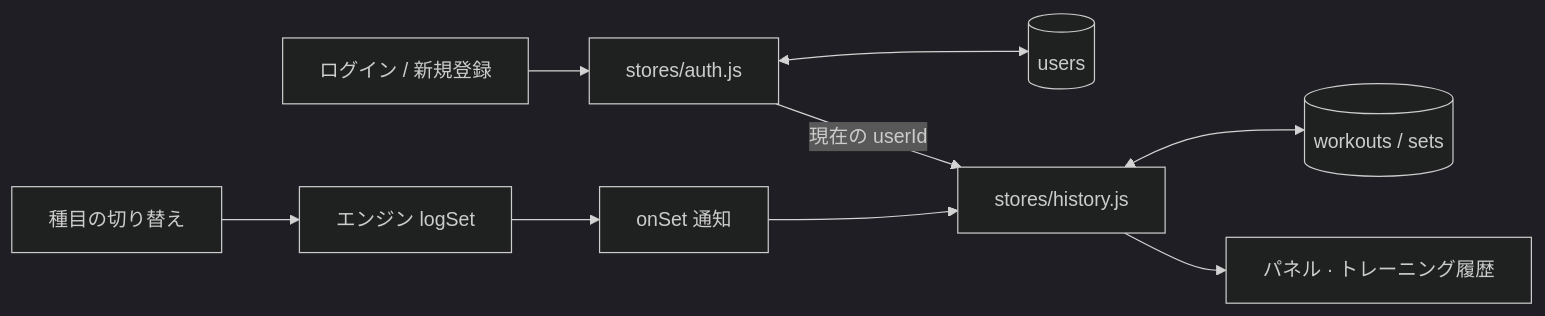
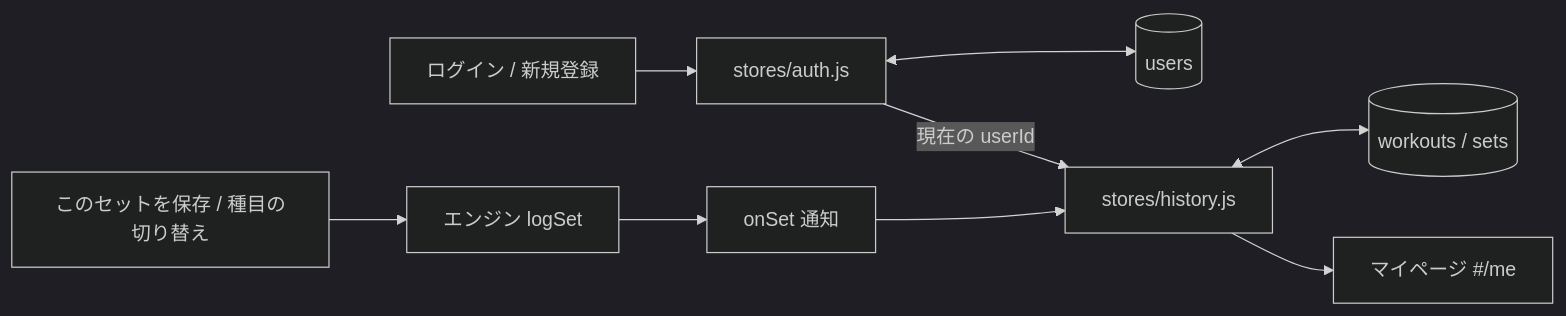
Before and after one commit to OrangeCoke1/Future-Gym: the second of 2 diagrams in documents/データベース設計書.md, drawn with Mermaid (dark theme). The commit also changed other lines of this file and 21 other files, not shown here.

````diff
--- a/documents/データベース設計書.md
+++ b/documents/データベース設計書.md
@@ -148,11 +149,11 @@
 ```mermaid
 flowchart LR
     L[ログイン / 新規登録] --> AU[stores/auth.js]
     AU <--> U[(users)]
-    A[種目の切り替え] --> B[エンジン logSet]
+    A[このセットを保存 / 種目の切り替え] --> B[エンジン logSet]
     B --> C[onSet 通知]
     C --> D[stores/history.js]
     AU -- 現在の userId --> D
     D <--> W[(workouts / sets)]
-    D --> F[パネル · トレーニング履歴]
+    D --> F[マイページ #/me]
 ```
````
